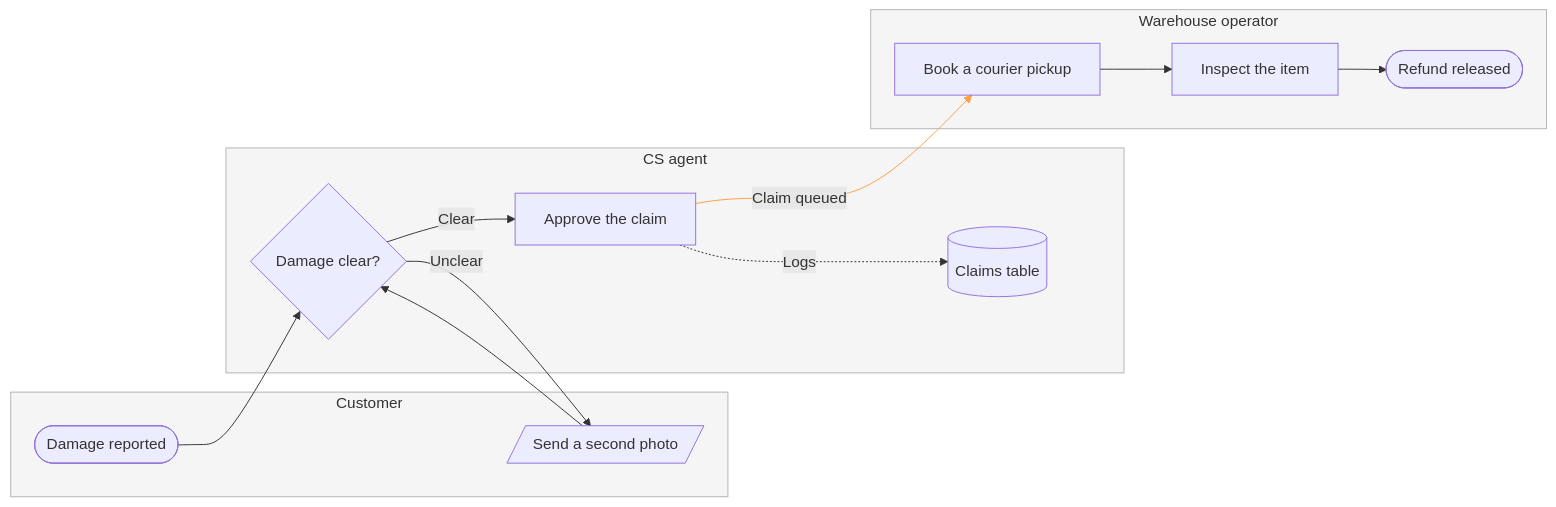
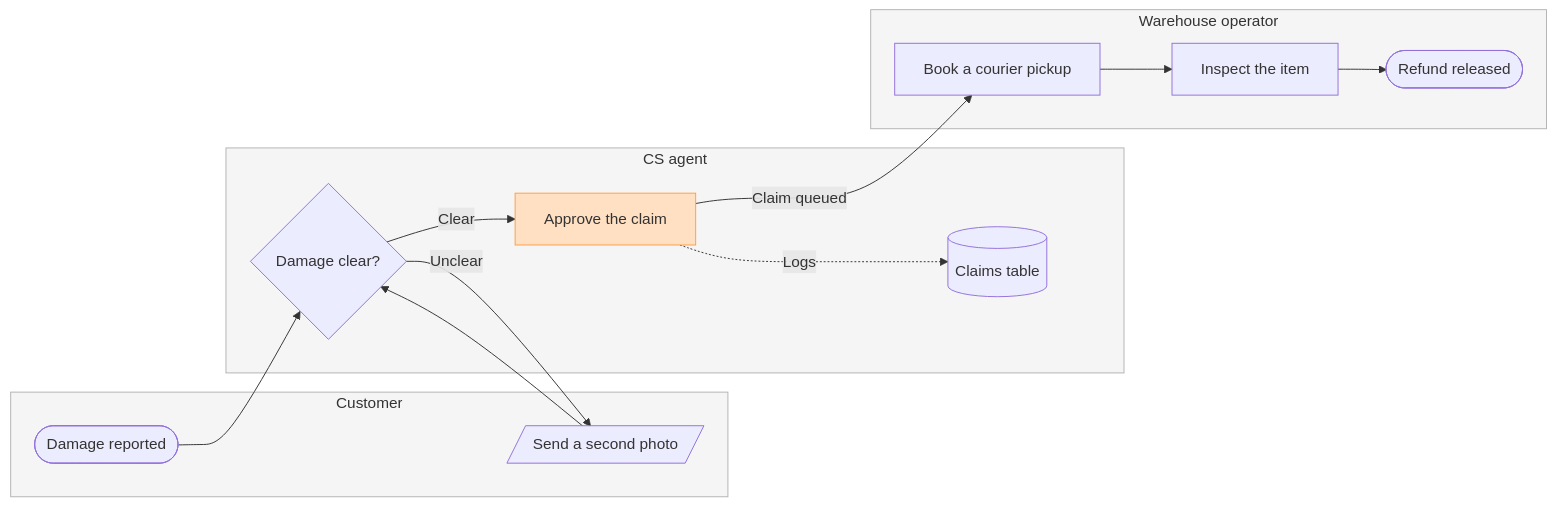
The diagram in claude project/knowledge/Product Owner - Examples - Flow - Process.md (MichelKerkmeester/product-owner_create-tickets-and-stories), drawn with Mermaid before and after one commit. The commit also changed other lines of this file and 146 other files, not shown here.

````diff
--- a/claude project/knowledge/Product Owner - Examples - Flow - Process.md
+++ b/claude project/knowledge/Product Owner - Examples - Flow - Process.md
@@ -40,30 +57,33 @@
 ```mermaid
 %% type: process
 flowchart LR
+    %% title: Damaged-item refund
+    %% subtitle: Who handles a damaged-item claim, from the customer's report to the released refund
+    %% source: Source: the support runbook, Section 3. Left out: pickup skipped under €20, a pilot that is not live.
     subgraph customer ["Customer"]
         report([Damage reported])
         photo[/Send a second photo/]
     end
     subgraph cs ["CS agent"]
         check{Damage clear?}
         approve[Approve the claim]
         log[(Claims table)]
     end
     subgraph warehouse ["Warehouse operator"]
         pickup[Book a courier pickup]
         inspect[Inspect the item]
         refund([Refund released])
     end
     report --> check
     check -->|Unclear| photo
     photo --> check
     check -->|Clear| approve
     approve -->|"Claim queued"| pickup
     approve -.->|"Logs"| log
     pickup --> inspect
     inspect --> refund
     style customer fill:#F5F5F5,stroke:#B3B3B3
     style cs fill:#F5F5F5,stroke:#B3B3B3
     style warehouse fill:#F5F5F5,stroke:#B3B3B3
-    linkStyle 4 stroke:#FF9E42
+    style approve fill:#FFE0C2,stroke:#FF9E42
 ```
````
